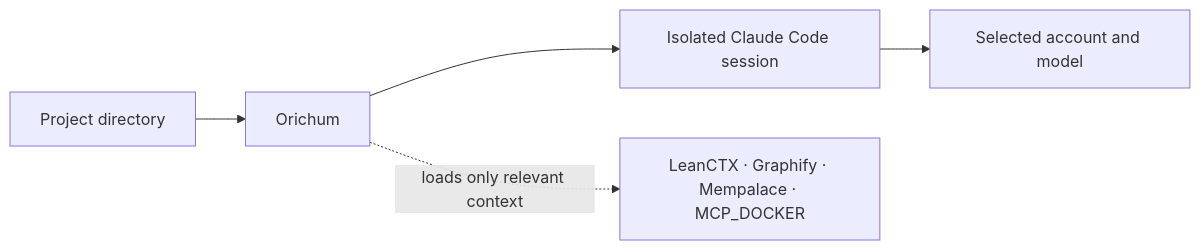
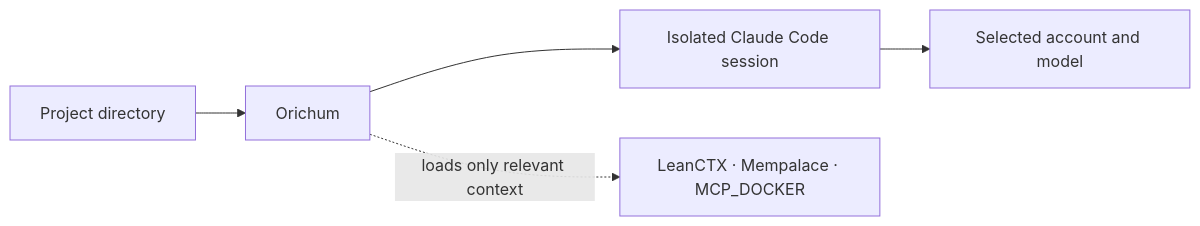
One commit to orichum/claudex-workflow changed the diagram in README.md. Above: the diagram before and after it, drawn with Mermaid. The commit also changed other lines of this file and 55 other files, not shown here.

Commit message:
Consolidate context optimization on LeanCTX

````diff
--- a/README.md
+++ b/README.md
@@ -213,7 +212,7 @@
 ```mermaid
 flowchart LR
     P["Project directory"] --> O["Orichum"]
     O --> S["Isolated Claude Code session"]
     S --> M["Selected account and model"]
-    O -. "loads only relevant context" .-> T["LeanCTX · Graphify · Mempalace · MCP_DOCKER"]
+    O -. "loads only relevant context" .-> T["LeanCTX · Mempalace · MCP_DOCKER"]
 ```
````
